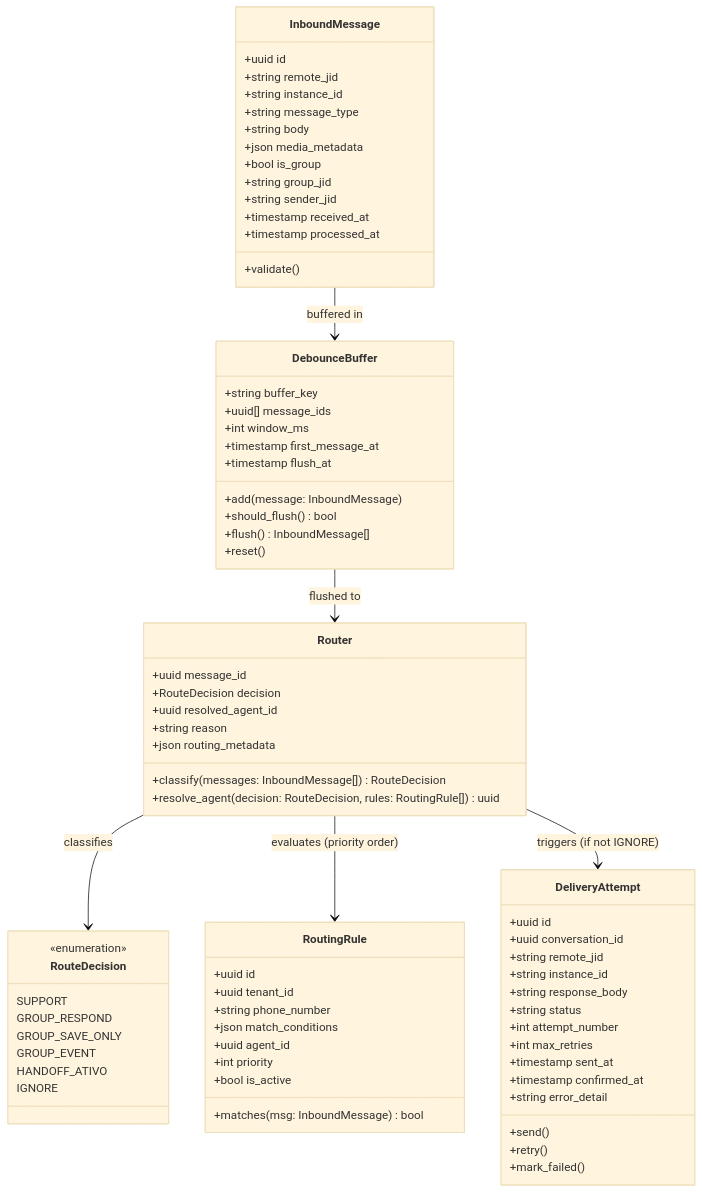
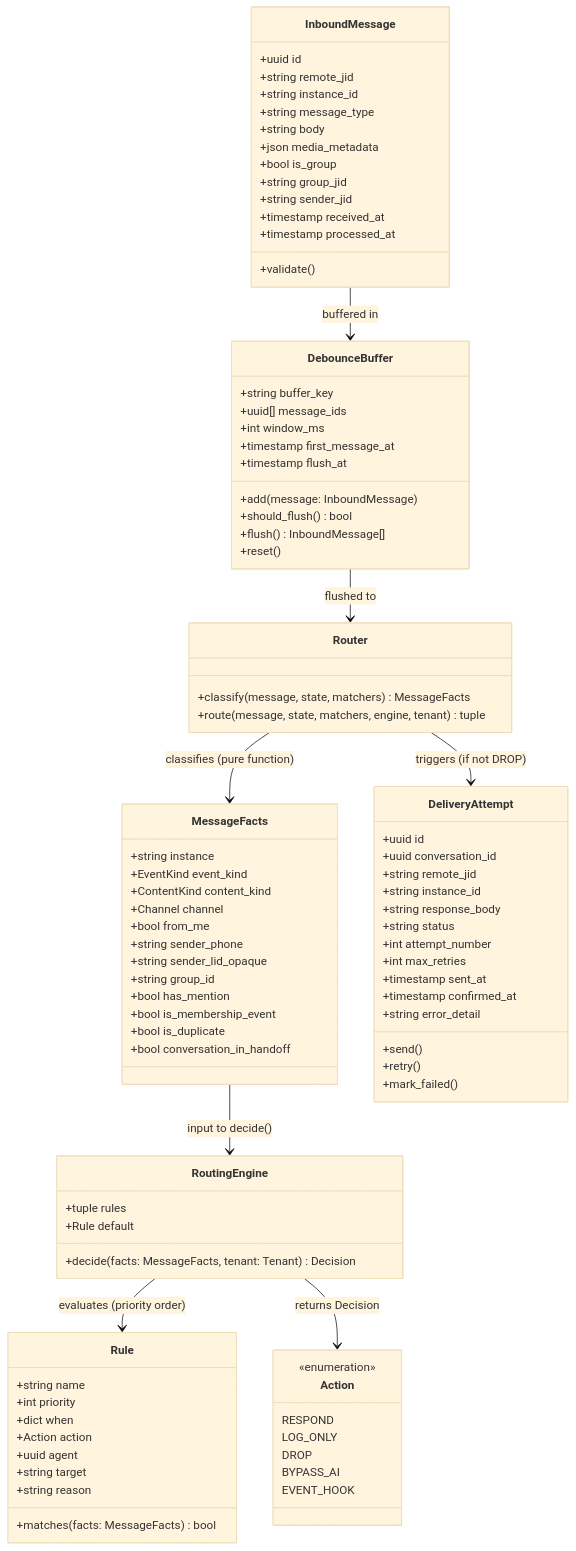
The first of 6 diagrams in platforms/prosauai/engineering/domain-model.md (paceautomations/madruga.ai), drawn with Mermaid (base theme) before and after one commit. The commit also changed other lines of this file and 6 other files, not shown here.

````diff
--- a/platforms/prosauai/engineering/domain-model.md
+++ b/platforms/prosauai/engineering/domain-model.md
@@ -64,35 +64,50 @@
         +reset()
     }
 
-    class RouteDecision {
+    class Action {
         <<enumeration>>
-        SUPPORT
-        GROUP_RESPOND
-        GROUP_SAVE_ONLY
-        GROUP_EVENT
-        HANDOFF_ATIVO
-        IGNORE
+        RESPOND
+        LOG_ONLY
+        DROP
+        BYPASS_AI
+        EVENT_HOOK
     }
 
-    class RoutingRule {
-        +uuid id
-        +uuid tenant_id
-        +string phone_number
-        +json match_conditions
-        +uuid agent_id
+    class MessageFacts {
+        +string instance
+        +EventKind event_kind
+        +ContentKind content_kind
+        +Channel channel
+        +bool from_me
+        +string sender_phone
+        +string sender_lid_opaque
+        +string group_id
+        +bool has_mention
+        +bool is_membership_event
+        +bool is_duplicate
+        +bool conversation_in_handoff
+    }
+
+    class Rule {
+        +string name
         +int priority
-        +bool is_active
-        +matches(msg: InboundMessage) bool
+        +dict when
+        +Action action
+        +uuid agent
+        +string target
+        +string reason
+        +matches(facts: MessageFacts) bool
+    }
+
+    class RoutingEngine {
+        +tuple rules
+        +Rule default
+        +decide(facts: MessageFacts, tenant: Tenant) Decision
     }
 
     class Router {
-        +uuid message_id
-        +RouteDecision decision
-        +uuid resolved_agent_id
-        +string reason
-        +json routing_metadata
-        +classify(messages: InboundMessage[]) RouteDecision
-        +resolve_agent(decision: RouteDecision, rules: RoutingRule[]) uuid
+        +classify(message, state, matchers) MessageFacts
+        +route(message, state, matchers, engine, tenant) tuple
     }
 
     class DeliveryAttempt {
@@ -114,7 +129,9 @@
 
     InboundMessage --> DebounceBuffer : buffered in
     DebounceBuffer --> Router : flushed to
-    Router --> RouteDecision : classifies
-    Router --> RoutingRule : evaluates (priority order)
-    Router --> DeliveryAttempt : triggers (if not IGNORE)
+    Router --> MessageFacts : classifies (pure function)
+    MessageFacts --> RoutingEngine : input to decide()
+    RoutingEngine --> Rule : evaluates (priority order)
+    RoutingEngine --> Action : returns Decision
+    Router --> DeliveryAttempt : triggers (if not DROP)
 ```
````
